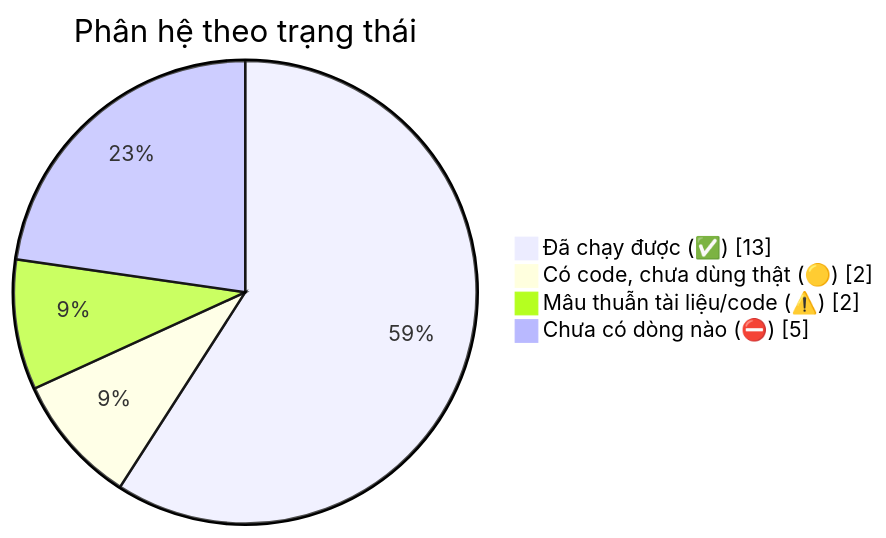
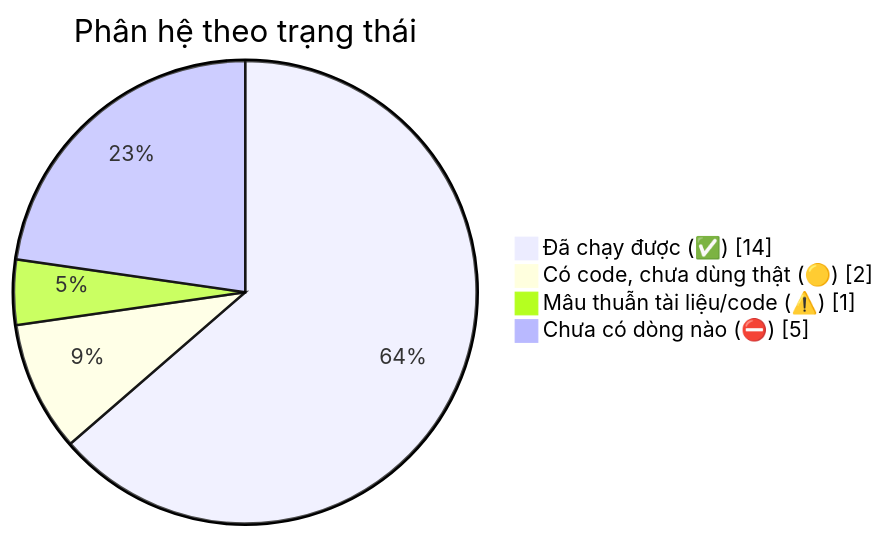
The fourth of 4 diagrams in docs/diagram/20-overview.md (fdshn/trueheart), drawn with Mermaid before and after one commit. The commit also changed other lines of this file and 30 other files, not shown here.

````diff
--- a/docs/diagram/20-overview.md
+++ b/docs/diagram/20-overview.md
@@ -134,8 +132,8 @@
 ```mermaid
 pie showData
     title Phân hệ theo trạng thái
-    "Đã chạy được (✅)" : 13
+    "Đã chạy được (✅)" : 14
     "Có code, chưa dùng thật (🟡)" : 2
-    "Mâu thuẫn tài liệu/code (⚠️)" : 2
+    "Mâu thuẫn tài liệu/code (⚠️)" : 1
     "Chưa có dòng nào (⛔)" : 5
 ```
````
